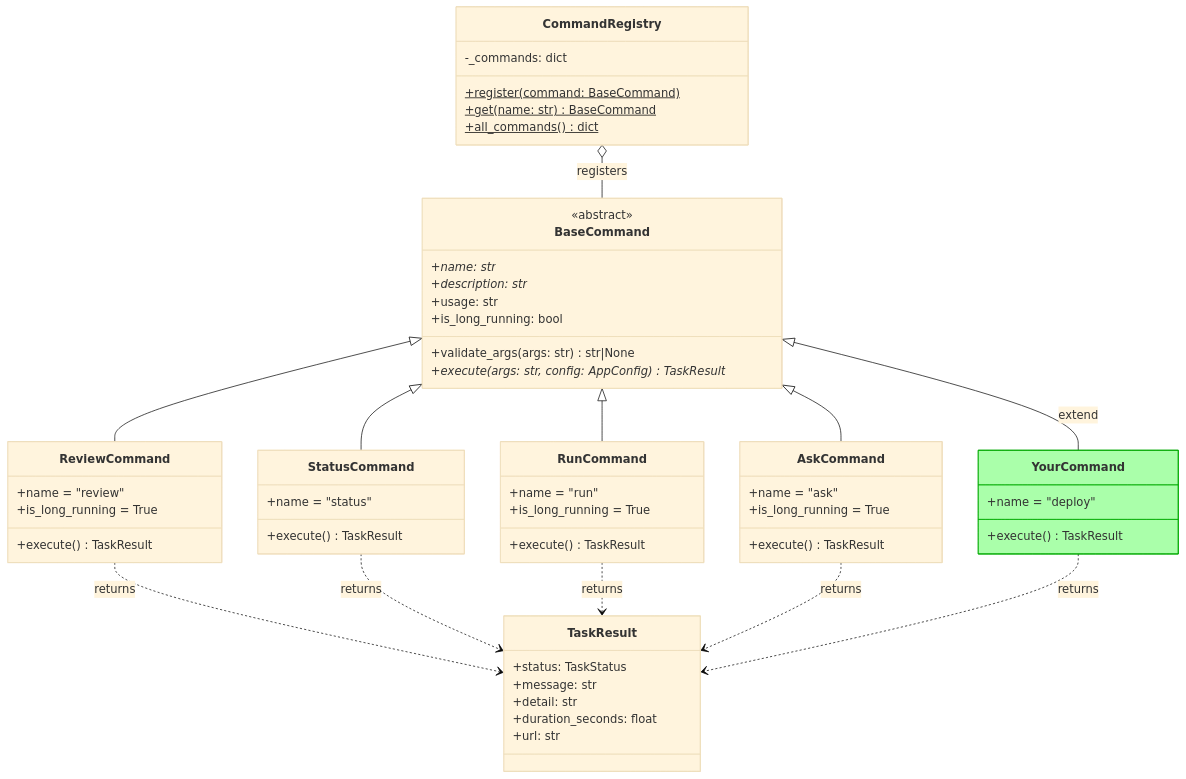
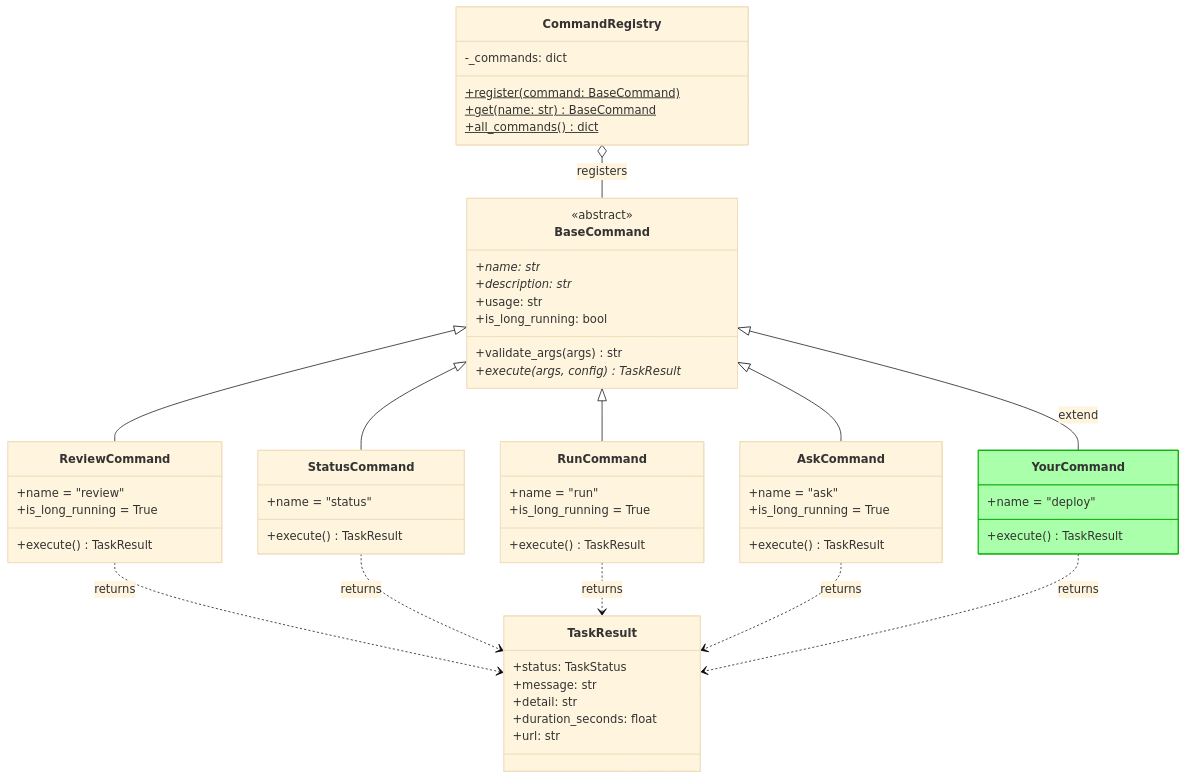
The ninth of 11 diagrams in README.md (geekychris/telegram_runner), drawn with Mermaid (base theme) before and after one commit. The commit also changed other lines of this file, not shown here.

First line of the commit message:
Fix all Mermaid diagrams for GitHub rendering

````diff
--- a/README.md
+++ b/README.md
@@ -638,71 +635,71 @@
 ```mermaid
 classDiagram
     class BaseCommand {
         <<abstract>>
         +name: str*
         +description: str*
         +usage: str
         +is_long_running: bool
-        +validate_args(args: str) str|None
-        +execute(args: str, config: AppConfig) TaskResult*
+        +validate_args(args) str
+        +execute(args, config) TaskResult*
     }
 
     class CommandRegistry {
         -_commands: dict
         +register(command: BaseCommand)$
         +get(name: str) BaseCommand$
         +all_commands() dict$
     }
 
     class TaskResult {
         +status: TaskStatus
         +message: str
         +detail: str
         +duration_seconds: float
         +url: str
     }
 
     class ReviewCommand {
         +name = "review"
         +is_long_running = True
         +execute() TaskResult
     }
 
     class StatusCommand {
         +name = "status"
         +execute() TaskResult
     }
 
     class RunCommand {
         +name = "run"
         +is_long_running = True
         +execute() TaskResult
     }
 
     class AskCommand {
         +name = "ask"
         +is_long_running = True
         +execute() TaskResult
     }
 
     class YourCommand {
         +name = "deploy"
         +execute() TaskResult
     }
 
     BaseCommand <|-- ReviewCommand
     BaseCommand <|-- StatusCommand
     BaseCommand <|-- RunCommand
     BaseCommand <|-- AskCommand
     BaseCommand <|-- YourCommand : extend
 
     CommandRegistry o-- BaseCommand : registers
 
     ReviewCommand ..> TaskResult : returns
     StatusCommand ..> TaskResult : returns
     RunCommand ..> TaskResult : returns
     AskCommand ..> TaskResult : returns
     YourCommand ..> TaskResult : returns
 
     style YourCommand fill:#afa,stroke:#0a0
 ```
````
